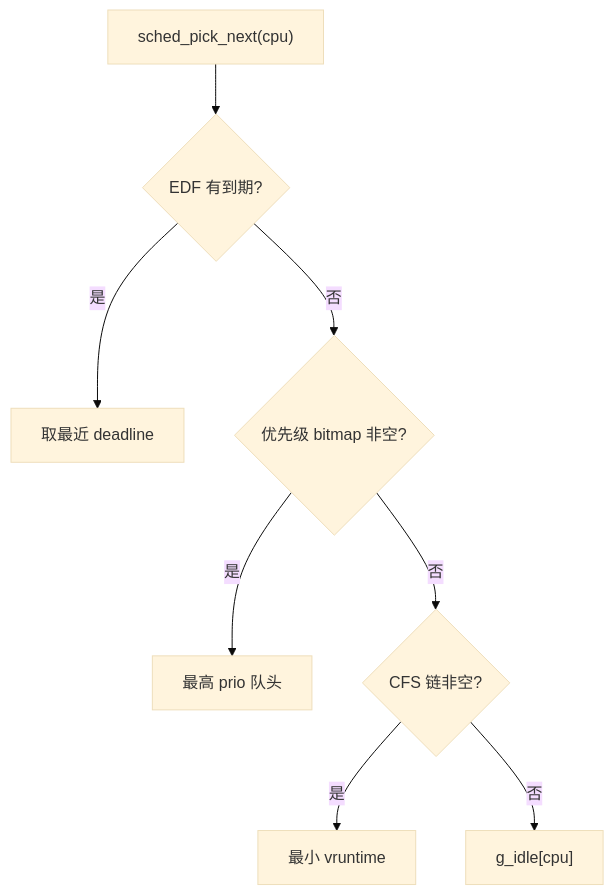
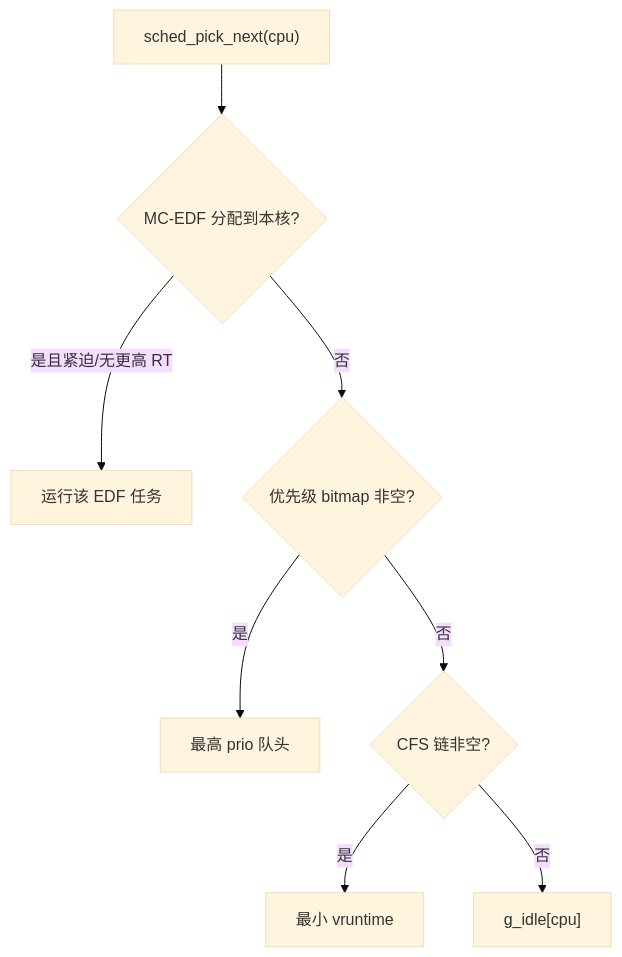
Before and after one commit to Juilletioi/cgrtos: the fifth of 9 diagrams in docs/ARCHITECTURE.md, drawn with Mermaid (base theme). The commit also changed other lines of this file and 27 other files, not shown here.

````diff
--- a/docs/ARCHITECTURE.md
+++ b/docs/ARCHITECTURE.md
@@ -128,11 +160,11 @@
 ```mermaid
 flowchart TD
   P["sched_pick_next(cpu)"]
-  P --> E{"EDF 有到期?"}
-  E -->|是| EDF["取最近 deadline"]
+  P --> E{"MC-EDF 分配到本核?"}
+  E -->|是且紧迫/无更高 RT| EDF["运行该 EDF 任务"]
   E -->|否| PR{"优先级 bitmap 非空?"}
   PR -->|是| HI["最高 prio 队头"]
   PR -->|否| CFS{"CFS 链非空?"}
   CFS -->|是| VR["最小 vruntime"]
   CFS -->|否| IDLE["g_idle[cpu]"]
 ```
````
